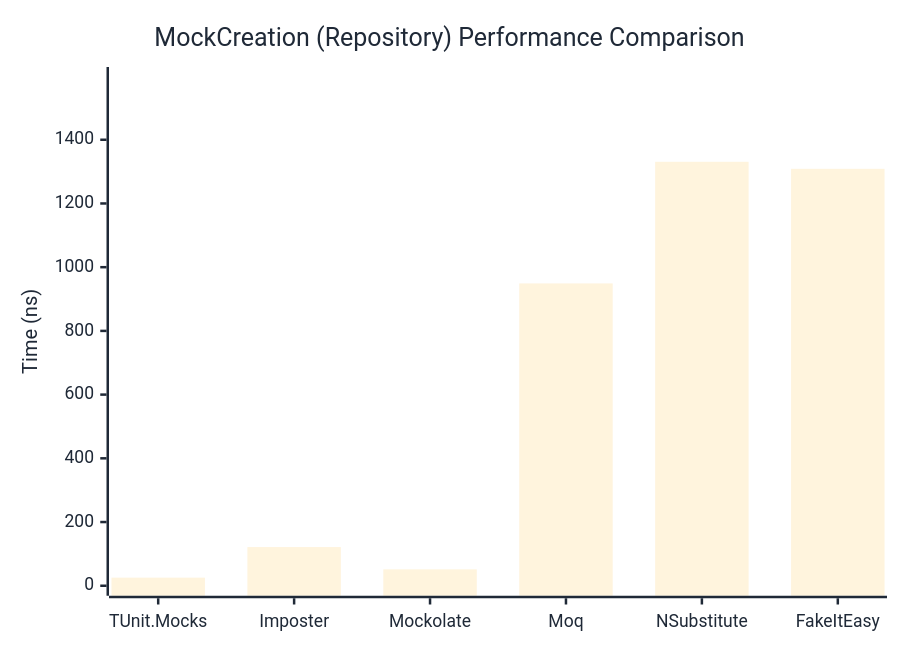
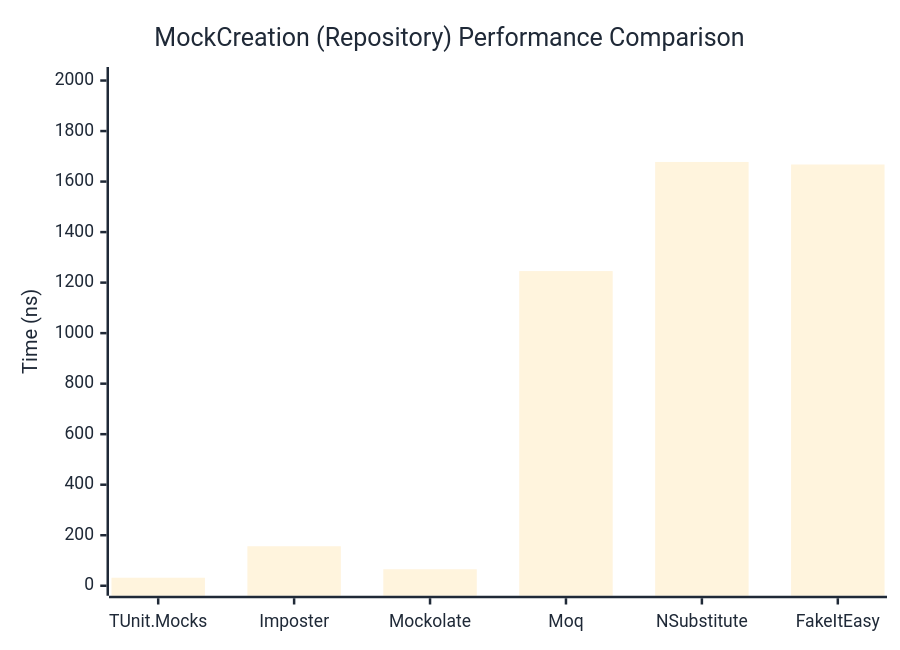
One commit to thomhurst/TUnit changed the second of 2 diagrams in docs/docs/benchmarks/mocks/MockCreation.md. Above: the diagram before and after it, drawn with Mermaid. The commit also changed other lines of this file and 14 other files, not shown here.

````diff
--- a/docs/docs/benchmarks/mocks/MockCreation.md
+++ b/docs/docs/benchmarks/mocks/MockCreation.md
@@ -71,27 +71,27 @@
 ```mermaid
 %%{init: {
   'theme':'base',
   'themeVariables': {
     'primaryColor': '#2563eb',
     'primaryTextColor': '#1f2937',
     'primaryBorderColor': '#1e40af',
     'lineColor': '#6b7280',
     'secondaryColor': '#7c3aed',
     'tertiaryColor': '#dc2626',
     'background': '#ffffff',
     'pie1': '#2563eb',
     'pie2': '#7c3aed',
     'pie3': '#dc2626',
     'pie4': '#f59e0b',
     'pie5': '#10b981',
     'pie6': '#06b6d4',
     'pie7': '#ec4899',
     'pie8': '#6366f1'
   }
 }}%%
 xychart-beta
   title "MockCreation (Repository) Performance Comparison"
   x-axis ["TUnit.Mocks", "Imposter", "Mockolate", "Moq", "NSubstitute", "FakeItEasy"]
-  y-axis "Time (ns)" 0 --> 1597
-  bar [25.41, 121.4, 51.5, 949.04, 1330.8, 1308.82]
+  y-axis "Time (ns)" 0 --> 2014
+  bar [31.71, 156.4, 65.35, 1245.66, 1677.65, 1667.61]
 ```
````
